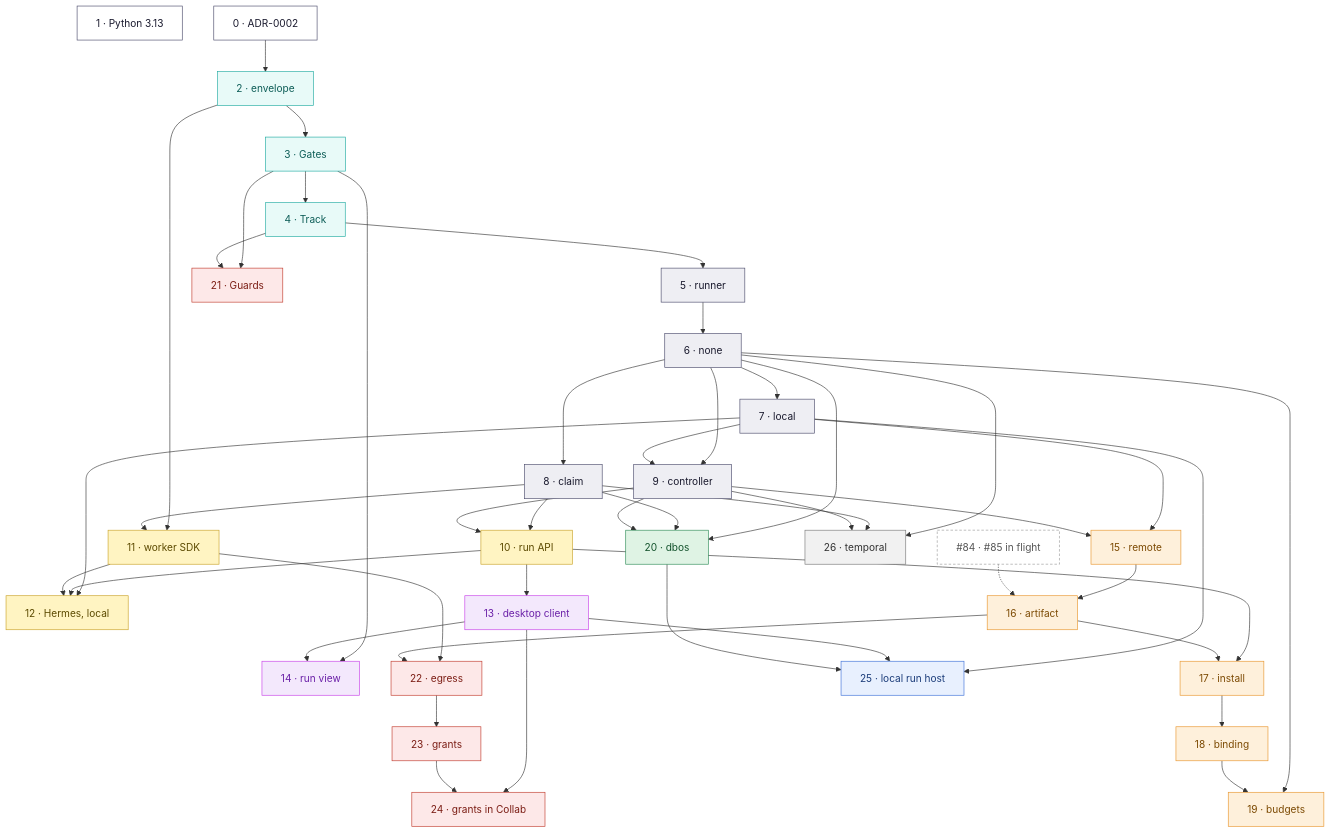
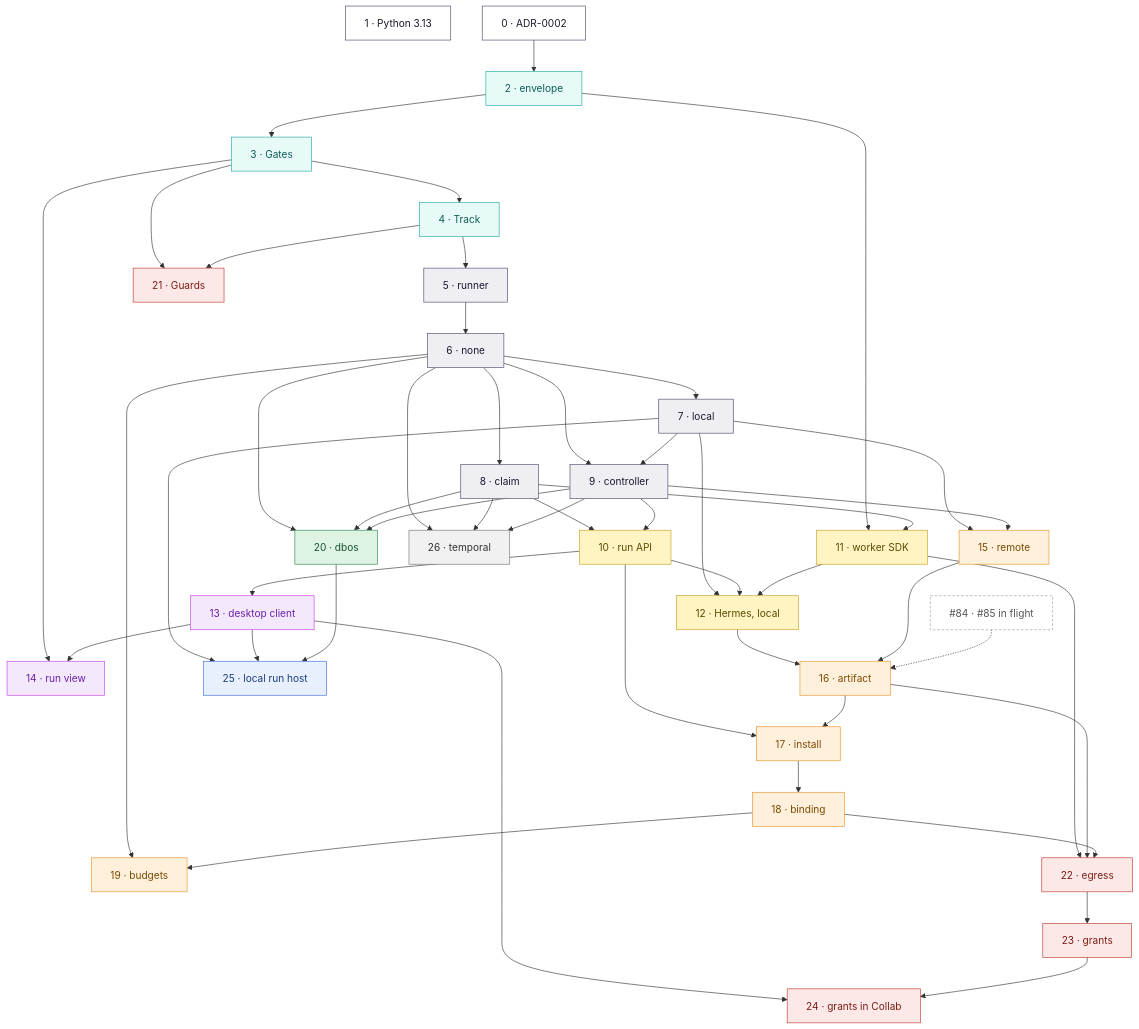
One commit to nebari-dev/collab-hub-pack changed the second of 2 diagrams in COG_EXECUTION.md. Above: the diagram before and after it, drawn with Mermaid. The commit also changed other lines of this file and 1 other file, not shown here.

````diff
--- a/COG_EXECUTION.md
+++ b/COG_EXECUTION.md
@@ -1408,46 +817,46 @@
 ```mermaid
 flowchart TD
   ph1["1 · Python 3.13"]
   ph0["0 · ADR-0002"] --> ph2["2 · envelope"] --> ph3["3 · Gates"] --> ph4["4 · Track"] --> ph5["5 · runner"] --> ph6["6 · none"]
   ph6 --> ph7["7 · local"] & ph8["8 · claim"]
   ph6 & ph7 --> ph9["9 · controller"]
   ph8 & ph9 --> ph10["10 · run API"]
   ph2 & ph8 --> ph11["11 · worker SDK"]
   ph7 & ph10 & ph11 --> ph12["12 · Hermes, local"]
   ph10 --> ph13["13 · desktop client"]
   ph3 & ph13 --> ph14["14 · run view"]
   ph7 & ph9 --> ph15["15 · remote"]
-  ph15 --> ph16["16 · artifact"]
+  ph12 & ph15 --> ph16["16 · artifact"]
   reg["#84 · #85 in flight"] -.-> ph16
   ph10 & ph16 --> ph17["17 · install"] --> ph18["18 · binding"]
   ph6 & ph18 --> ph19["19 · budgets"]
   ph6 & ph8 & ph9 --> ph20["20 · dbos"]
   ph3 & ph4 --> ph21["21 · Guards"]
-  ph11 & ph16 --> ph22["22 · egress"] --> ph23["23 · grants"]
+  ph11 & ph16 & ph18 --> ph22["22 · egress"] --> ph23["23 · grants"]
   ph13 & ph23 --> ph24["24 · grants in Collab"]
   ph7 & ph13 & ph20 --> ph25["25 · local run host"]
   ph6 & ph8 & ph9 --> ph26["26 · temporal"]
 
   classDef m0 fill:#ffffff,stroke:#4a4a6a,color:#1a1a2e
   classDef m1 fill:#e8faf8,stroke:#20aaa1,color:#0d5d57
   classDef m2 fill:#eeeef3,stroke:#4a4a6a,color:#1a1a2e
   classDef m3 fill:#fff4c2,stroke:#c9a227,color:#5c4a00
   classDef m4 fill:#f3e8fc,stroke:#c840e9,color:#6b21a8
   classDef m5 fill:#fef0db,stroke:#e8952c,color:#7c4a03
   classDef m6 fill:#dff3e4,stroke:#2e8b57,color:#14532d
   classDef m7 fill:#fde8e8,stroke:#c0392b,color:#7b1d14
   classDef m8 fill:#e8f0fe,stroke:#3b6fd8,color:#1c3d7a
   classDef m9 fill:#f1f1f1,stroke:#777,color:#333
   classDef ext fill:#ffffff,stroke:#999,color:#555,stroke-dasharray: 4 3
   class ph0,ph1 m0
   class ph2,ph3,ph4 m1
   class ph5,ph6,ph7,ph8,ph9 m2
   class ph10,ph11,ph12 m3
   class ph13,ph14 m4
   class ph15,ph16,ph17,ph18,ph19 m5
   class ph20 m6
   class ph21,ph22,ph23,ph24 m7
   class ph25 m8
   class ph26 m9
   class reg ext
 ```
````
